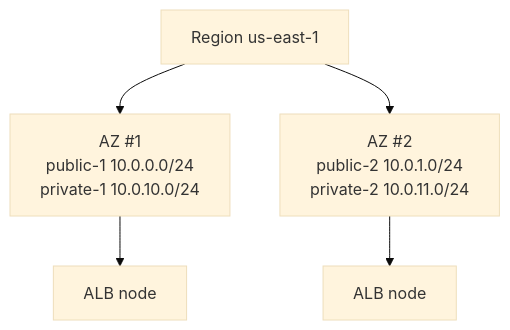
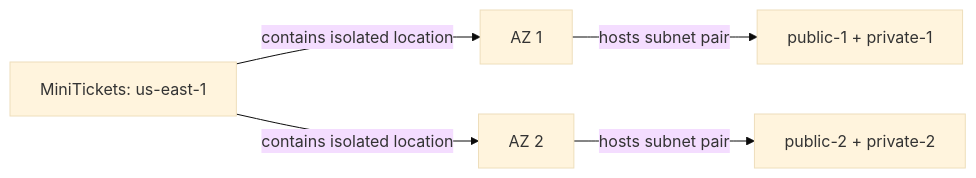
One commit to maheshnd/minitickets changed the diagram in docs/handbook/concepts/regions-and-azs.md. Above: the diagram before and after it, drawn with Mermaid (base theme). The commit also changed other lines of this file and 119 other files, not shown here.

````diff
--- a/docs/handbook/concepts/regions-and-azs.md
+++ b/docs/handbook/concepts/regions-and-azs.md
@@ -19,7 +18,7 @@
 ```mermaid
-flowchart TB
-    reg["Region us-east-1"] --> az1["AZ #1<br/>public-1 10.0.0.0/24<br/>private-1 10.0.10.0/24"]
-    reg --> az2["AZ #2<br/>public-2 10.0.1.0/24<br/>private-2 10.0.11.0/24"]
-    az1 --> alb1["ALB node"]
-    az2 --> alb2["ALB node"]
+flowchart LR
+region["MiniTickets: us-east-1"] -->|"contains isolated location"| first["AZ 1"]
+    region -->|"contains isolated location"| second["AZ 2"]
+    first -->|"hosts subnet pair"| one["public-1 + private-1"]
+    second -->|"hosts subnet pair"| two["public-2 + private-2"]
 ```
````
